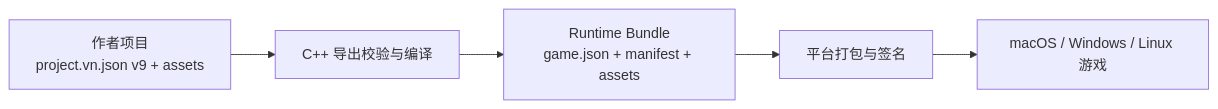
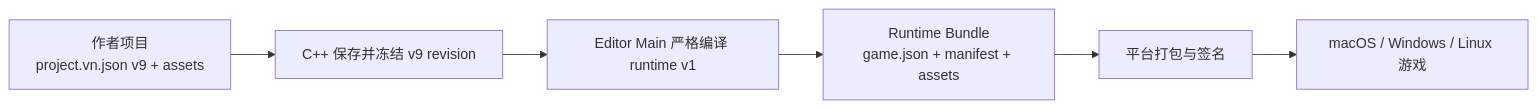
One commit to DarkboyRyan/Scratch-Novel-Engine changed the first of 3 diagrams in docs/game-export-player.md. Above: the diagram before and after it, drawn with Mermaid. The commit also changed other lines of this file and 118 other files, not shown here.

Commit message:
now support export game into independent app and vngame package, but still some bugs to fix

````diff
--- a/docs/game-export-player.md
+++ b/docs/game-export-player.md
@@ -100,10 +125,11 @@
 ```mermaid
 flowchart LR
   AUTHOR["作者项目<br/>project.vn.json v9 + assets"]
-  COMPILE["C++ 导出校验与编译"]
+  SAVE["C++ 保存并冻结 v9 revision"]
+  COMPILE["Editor Main 严格编译 runtime v1"]
   BUNDLE["Runtime Bundle<br/>game.json + manifest + assets"]
   PACKAGE["平台打包与签名"]
   APP["macOS / Windows / Linux 游戏"]
 
-  AUTHOR --> COMPILE --> BUNDLE --> PACKAGE --> APP
+  AUTHOR --> SAVE --> COMPILE --> BUNDLE --> PACKAGE --> APP
 ```
````
